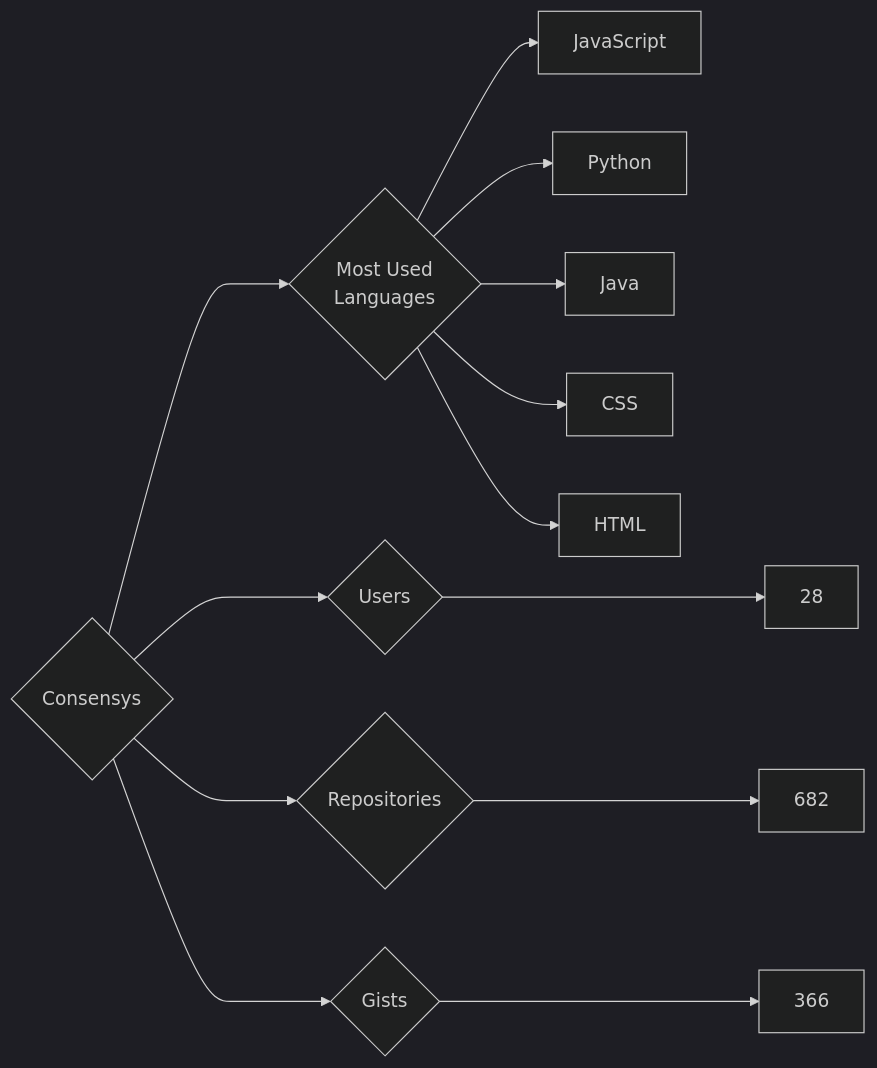
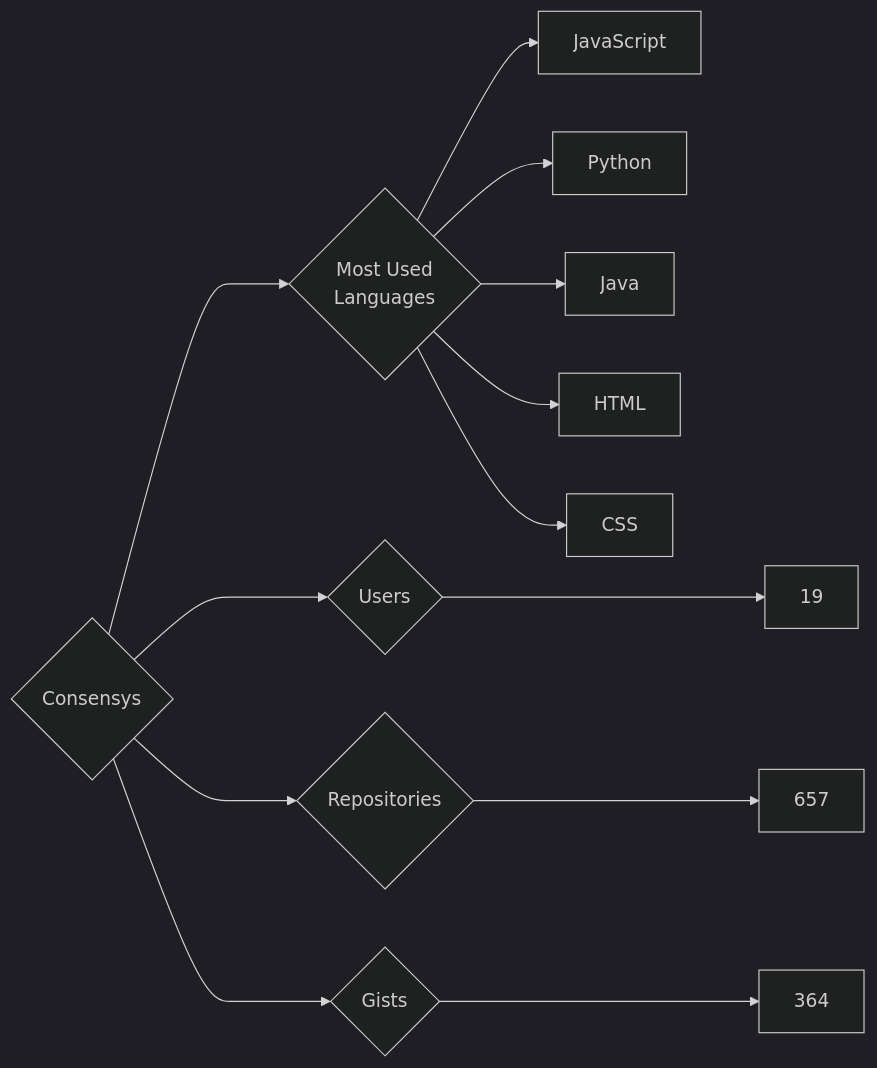
Before and after one commit to trickest/insiders: the diagram in targets/Consensys/README.md, drawn with Mermaid (dark theme). The commit also changed 718 other files, not shown here.

````diff
--- a/targets/Consensys/README.md
+++ b/targets/Consensys/README.md
@@ -3,13 +3,13 @@
 ```mermaid
 graph LR
 COMPANY_NAME{Consensys}
-COMPANY_NAME ---> U{Users} ---> UN[28]
-COMPANY_NAME ---> R{Repositories} ---> RN[682]
-COMPANY_NAME ---> G{Gists} ---> GN[366]
+COMPANY_NAME ---> U{Users} ---> UN[19]
+COMPANY_NAME ---> R{Repositories} ---> RN[657]
+COMPANY_NAME ---> G{Gists} ---> GN[364]
 COMPANY_NAME ---> ML{Most Used<br>Languages}
 ML --> JavaScript[JavaScript]
 ML --> Python[Python]
 ML --> Java[Java]
+ML --> HTML[HTML]
 ML --> CSS[CSS]
-ML --> HTML[HTML]
 ```
````
